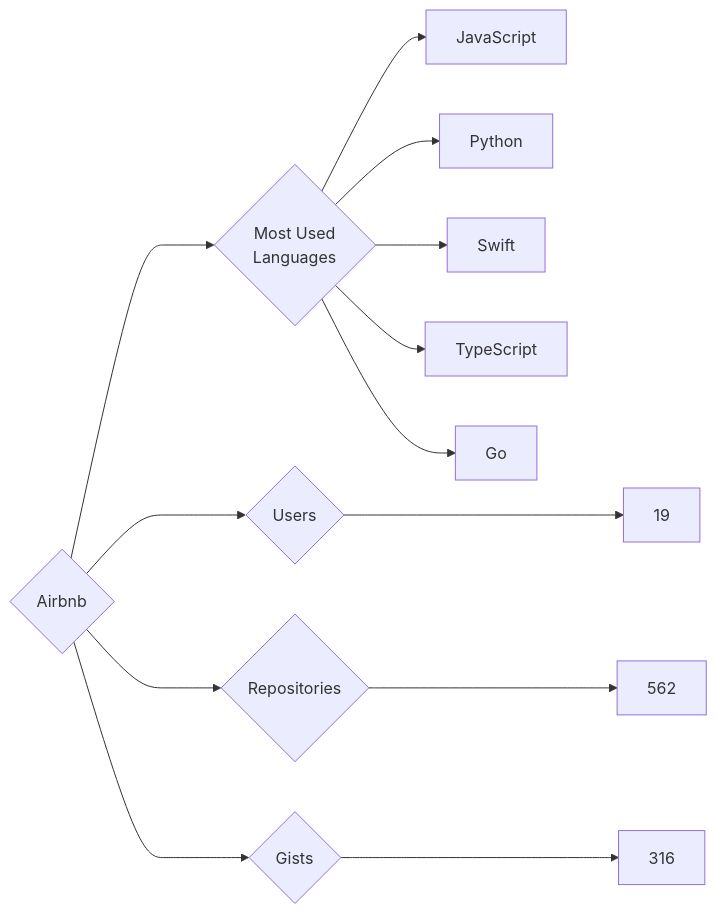
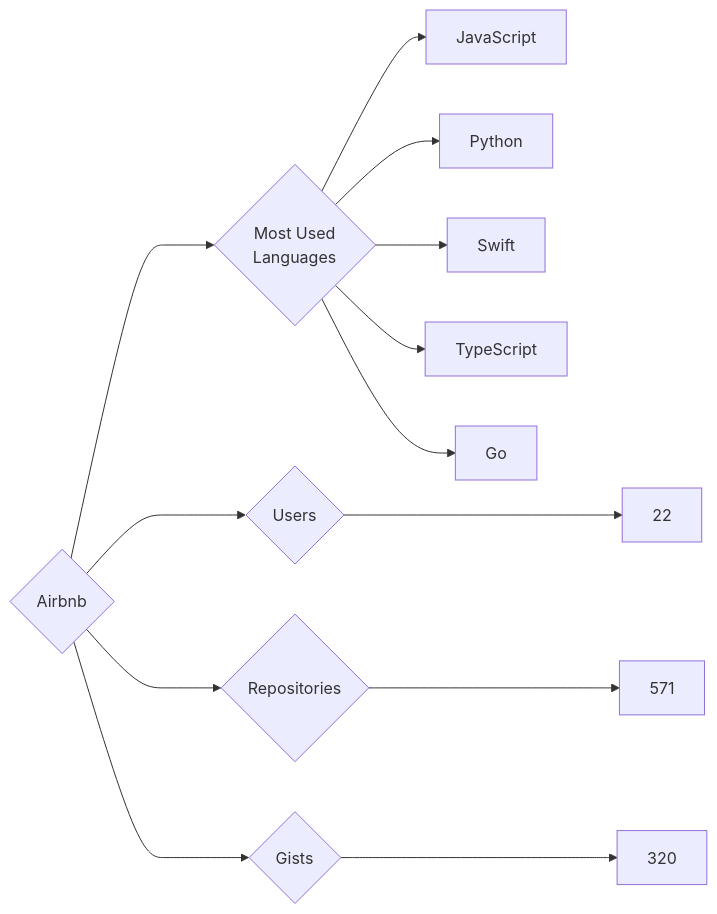
One commit to trickest/insiders changed the diagram in targets/Airbnb/README.md. Above: the diagram before and after it, drawn with Mermaid. The commit also changed 636 other files, not shown here.

````diff
--- a/targets/Airbnb/README.md
+++ b/targets/Airbnb/README.md
@@ -3,13 +3,13 @@
 ```mermaid
 graph LR
 COMPANY_NAME{Airbnb}
-COMPANY_NAME ---> U{Users} ---> UN[19]
-COMPANY_NAME ---> R{Repositories} ---> RN[562]
-COMPANY_NAME ---> G{Gists} ---> GN[316]
+COMPANY_NAME ---> U{Users} ---> UN[22]
+COMPANY_NAME ---> R{Repositories} ---> RN[571]
+COMPANY_NAME ---> G{Gists} ---> GN[320]
 COMPANY_NAME ---> ML{Most Used<br>Languages}
 ML --> JavaScript[JavaScript]
 ML --> Python[Python]
 ML --> Swift[Swift]
 ML --> TypeScript[TypeScript]
 ML --> Go[Go]
 ```
````
